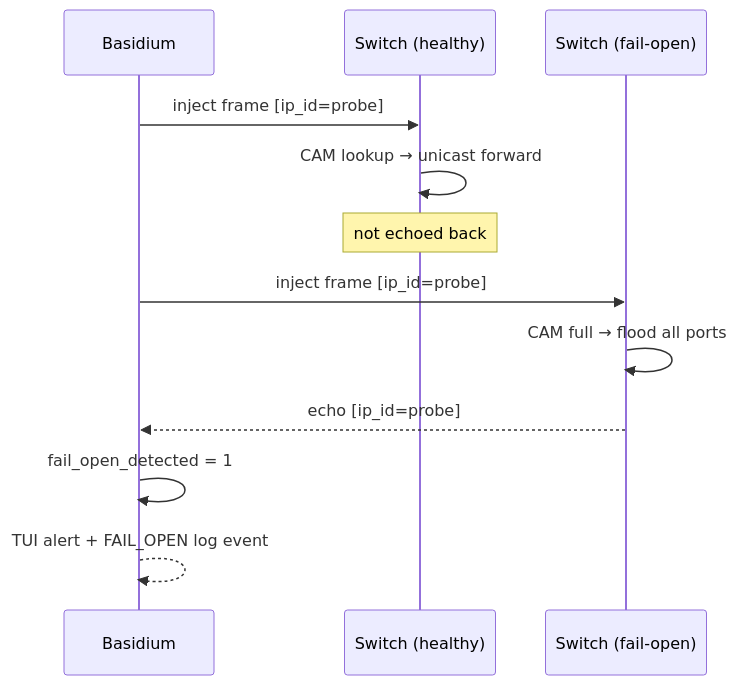
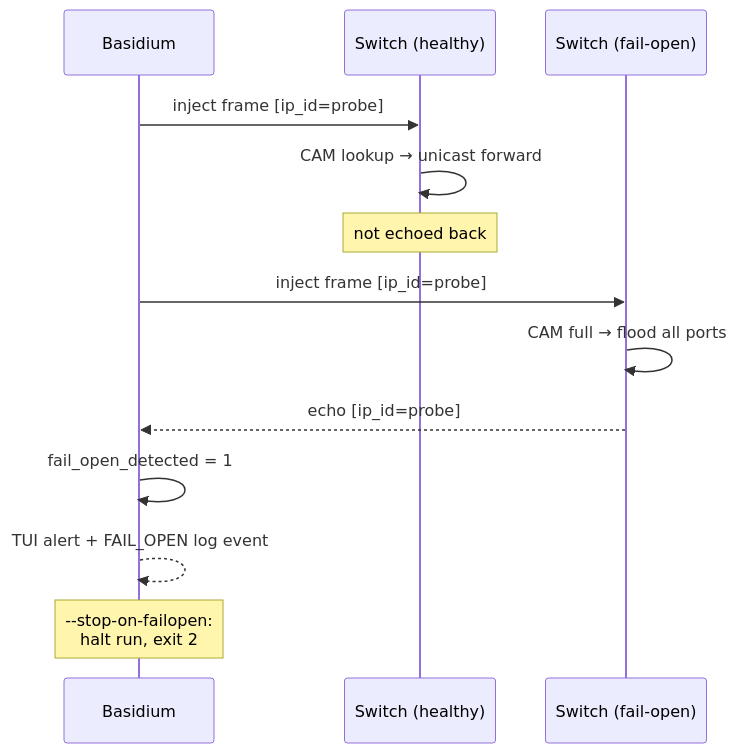
Before and after one commit to mstits/Basidium: the seventh of 10 diagrams in README.md, drawn with Mermaid. The commit also changed other lines of this file and 11 other files, not shown here.

````diff
--- a/README.md
+++ b/README.md
@@ -514,16 +618,17 @@
 ```mermaid
 sequenceDiagram
     participant B as Basidium
     participant SW as Switch (healthy)
     participant SW2 as Switch (fail-open)
 
     B->>SW: inject frame [ip_id=probe]
     SW->>SW: CAM lookup → unicast forward
     note over SW: not echoed back
 
     B->>SW2: inject frame [ip_id=probe]
     SW2->>SW2: CAM full → flood all ports
     SW2-->>B: echo [ip_id=probe]
     B->>B: fail_open_detected = 1
     B-->>B: TUI alert + FAIL_OPEN log event
+    note over B: --stop-on-failopen:<br/>halt run, exit 2
 ```
````
